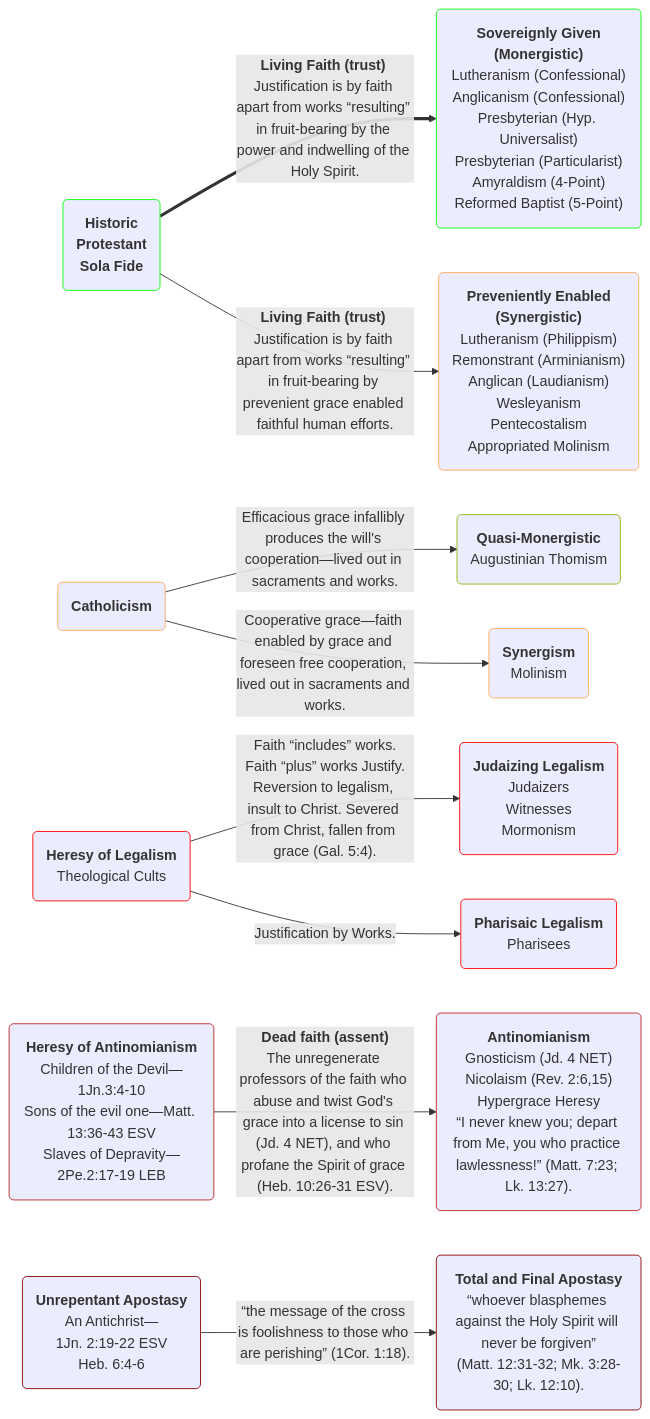
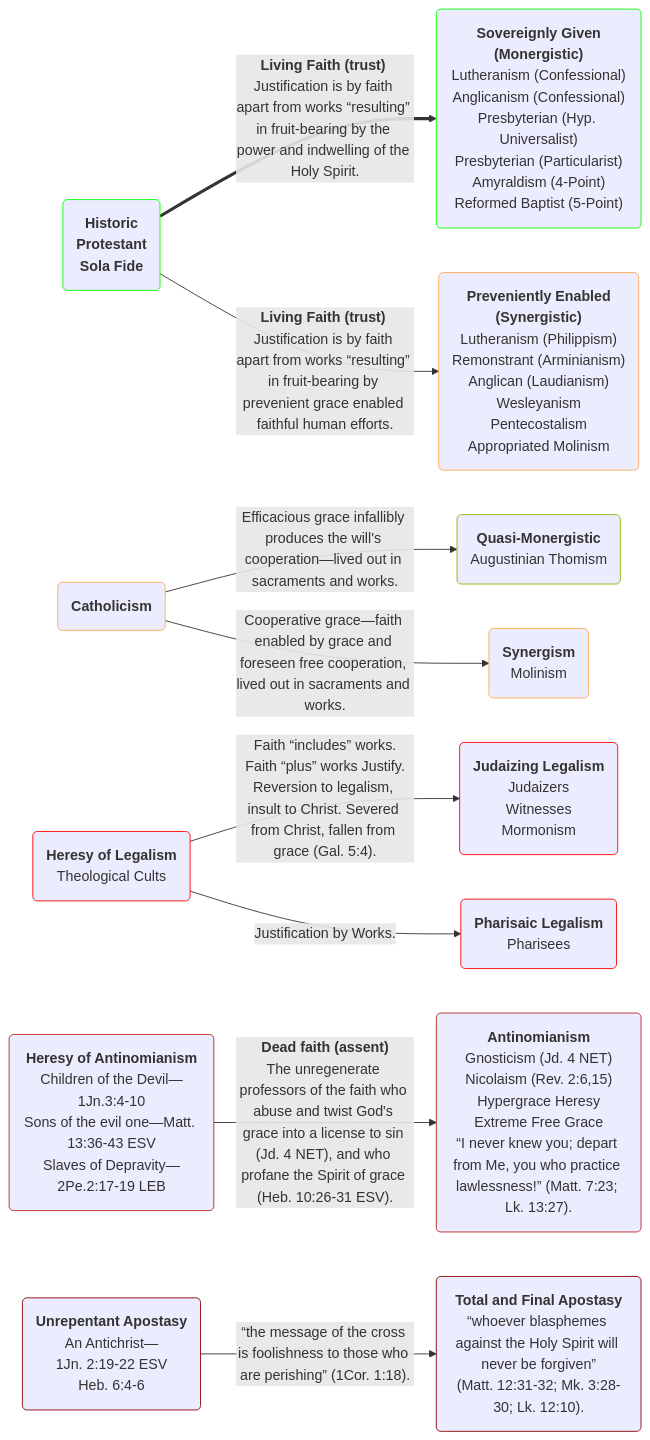
Before and after one commit to OrdoLuminis/ordoluminis.github.io: the first of 3 diagrams in _posts/2025-08-03-historic-protestant-position.markdown, drawn with Mermaid. The commit also changed other lines of this file, not shown here.

````diff
--- a/_posts/2025-08-03-historic-protestant-position.markdown
+++ b/_posts/2025-08-03-historic-protestant-position.markdown
@@ -55,23 +55,23 @@
 ```mermaid
 flowchart LR
     A(<strong>Historic<br>Protestant<br>Sola Fide</strong>):::green
     B(<strong>Catholicism</strong>):::orange
     C(<strong>Heresy of Legalism</strong><br>Theological Cults):::red
     D(<strong>Heresy of Antinomianism</strong><br>Children of the Devil&mdash;1Jn.3:4-10<br>Sons of the evil one&mdash;Matt. 13:36-43 ESV<br>Slaves of Depravity&mdash;2Pe.2:17-19 LEB):::firebrick
     F(<strong>Unrepentant Apostasy</strong><br>An Antichrist&mdash;<br>1Jn. 2:19-22 ESV<br>Heb. 6:4-6):::darkred
     A ==>|<strong>Living Faith &lpar;trust&rpar;</strong> Justification is by faith apart from works &ldquo;resulting&rdquo; in fruit-bearing by the power and indwelling of the Holy Spirit.| G(<strong>Sovereignly Given<br>&lpar;Monergistic&rpar;</strong><br>Lutheranism &lpar;Confessional&rpar;<br>Anglicanism &lpar;Confessional&rpar;<br>Presbyterian &lpar;Hyp. Universalist&rpar;<br>Presbyterian &lpar;Particularist&rpar;<br>Amyraldism &lpar;4-Point&rpar;<br>Reformed Baptist &lpar;5-Point&rpar;):::green
     A -->|<strong>Living Faith &lpar;trust&rpar;</strong> Justification is by faith apart from works &ldquo;resulting&rdquo; in fruit-bearing by prevenient grace enabled faithful human efforts.| H(<strong>Preveniently Enabled<br>&lpar;Synergistic&rpar;</strong><br>Lutheranism &lpar;Philippism&rpar;<br>Remonstrant &lpar;Arminianism&rpar;<br>Anglican &lpar;Laudianism&rpar;<br>Wesleyanism<br>Pentecostalism<br>Appropriated Molinism):::orange
     B -->|Efficacious grace infallibly produces the will's cooperation&mdash;lived out in sacraments and works.| I(<strong>Quasi-Monergistic</strong><br>Augustinian Thomism):::yellowgreen
     B -->|Cooperative grace&mdash;faith enabled by grace and foreseen free cooperation, lived out in sacraments and works.| J(<strong>Synergism</strong><br>Molinism):::orange
     C -->|Faith &ldquo;includes&rdquo; works.<br>Faith &ldquo;plus&rdquo; works Justify.<br>Reversion to legalism, insult to Christ. Severed from Christ, fallen from grace &lpar;Gal. 5:4&rpar;.| K(<strong>Judaizing Legalism</strong><br>Judaizers<br>Witnesses<br>Mormonism):::red
     C -->|Justification by Works.| L(<strong>Pharisaic Legalism</strong><br>Pharisees<br>):::red
-    D -->|<strong>Dead faith &lpar;assent&rpar;</strong><br>The unregenerate professors of the faith who abuse and twist God's grace into a license to sin &lpar;Jd. 4 NET&rpar;, and who profane the Spirit of grace &lpar;Heb. 10:26-31 ESV&rpar;.| M(<strong>Antinomianism</strong><br>Gnosticism &lpar;Jd. 4 NET&rpar;<br>Nicolaism &lpar;Rev. 2:6,15&rpar;<br>Hypergrace Heresy<br>&ldquo;I never knew you; depart from Me, you who practice lawlessness!&rdquo; &lpar;Matt. 7:23; Lk. 13:27&rpar;.):::firebrick
+    D -->|<strong>Dead faith &lpar;assent&rpar;</strong><br>The unregenerate professors of the faith who abuse and twist God's grace into a license to sin &lpar;Jd. 4 NET&rpar;, and who profane the Spirit of grace &lpar;Heb. 10:26-31 ESV&rpar;.| M(<strong>Antinomianism</strong><br>Gnosticism &lpar;Jd. 4 NET&rpar;<br>Nicolaism &lpar;Rev. 2:6,15&rpar;<br>Hypergrace Heresy<br>Extreme Free Grace<br>&ldquo;I never knew you; depart from Me, you who practice lawlessness!&rdquo; &lpar;Matt. 7:23; Lk. 13:27&rpar;.):::firebrick
     F -->|&ldquo;the message of the cross is foolishness to those who are perishing&rdquo; &lpar;1Cor. 1:18&rpar;.| N(<strong>Total and Final Apostasy</strong><br>&ldquo;whoever blasphemes against the Holy Spirit will never be forgiven&rdquo;<br>&lpar;Matt. 12:31-32; Mk. 3:28-30; Lk. 12:10&rpar;.):::darkred
     classDef red stroke:#f00
     classDef green stroke:#0f0
     classDef yellowgreen stroke:#8db600
     classDef orange stroke:#fa5
     classDef firebrick stroke:#b22
     classDef darkred stroke:#8B0000
     classDef darkerred stroke:#701705
 ```
````
